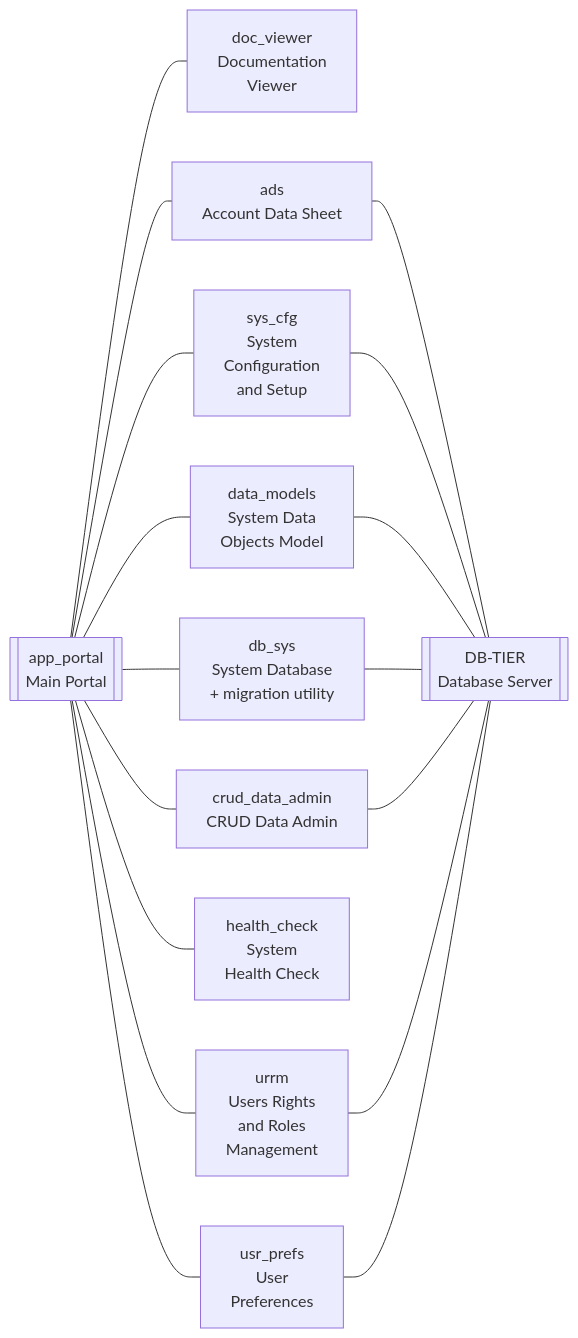
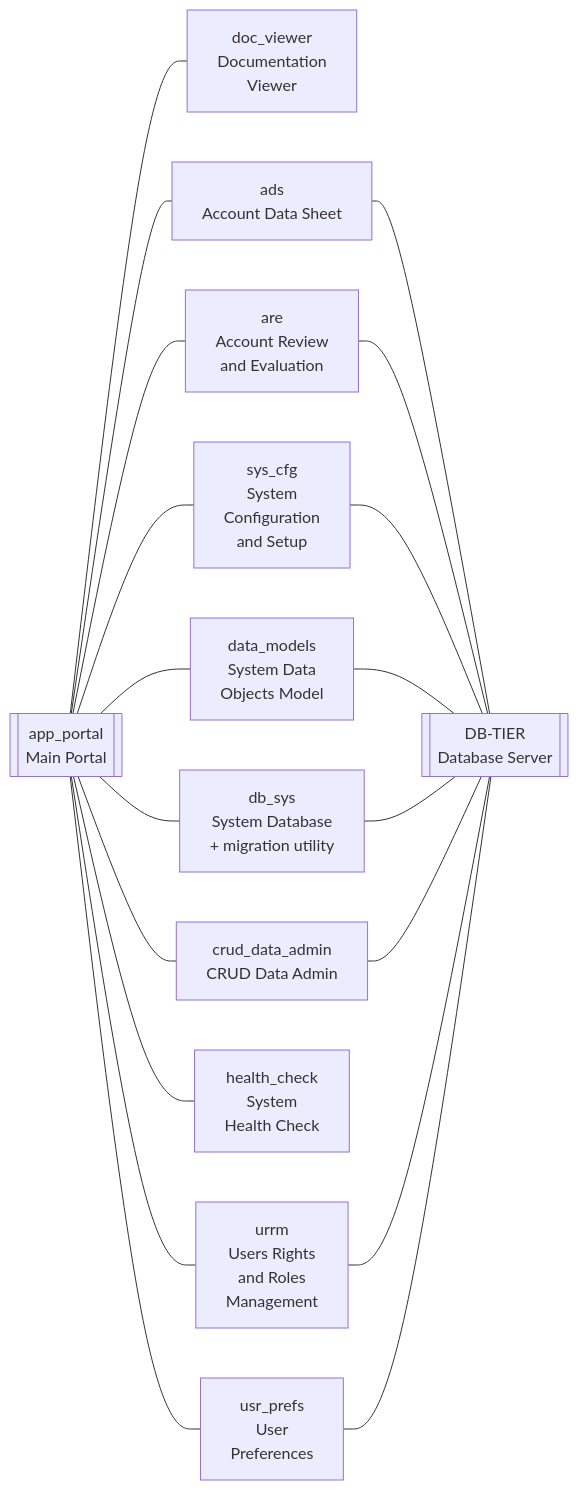
Before and after one commit to petre-renware/cosana: the fourth of 4 diagrams in 810_DSGN/810.02_System_Landscape.md, drawn with Mermaid. The commit also changed other lines of this file and 47 other files, not shown here.

````diff
--- a/810_DSGN/810.02_System_Landscape.md
+++ b/810_DSGN/810.02_System_Landscape.md
@@ -121,36 +121,39 @@
 ```mermaid
 flowchart LR
     top[[app_portal \n Main Portal]]
 
     doc_viewer[doc_viewer \n Documentation \n  Viewer]
     data_models[data_models \n System Data \n Objects Model]
     db_sys[db_sys \n System Database \n + migration utility]
     sys_cfg[sys_cfg \n System \n Configuration \n and Setup]
     crud_data_admin[crud_data_admin \n CRUD Data Admin]
     ads[ads \n Account Data Sheet]
+    are[are \n Account Review \n and Evaluation]
     health_check[health_check \n System \n Health Check]
     urrm[urrm \n Users Rights \n and Roles \n Management]
     usr_prefs[usr_prefs \n User \n Preferences]
 
     bot[[DB-TIER \n Database Server]]
 
     top --- doc_viewer
     top --- data_models
     top --- db_sys
     top --- crud_data_admin
     top --- ads
+    top --- are
     top --- sys_cfg
     top --- health_check
     top --- urrm
     top --- usr_prefs
 
 
     ads --- bot
+    are --- bot
     sys_cfg --- bot
     data_models --- bot
     db_sys --- bot
     crud_data_admin --- bot
     urrm --- bot
     usr_prefs --- bot
 
 ```
````
